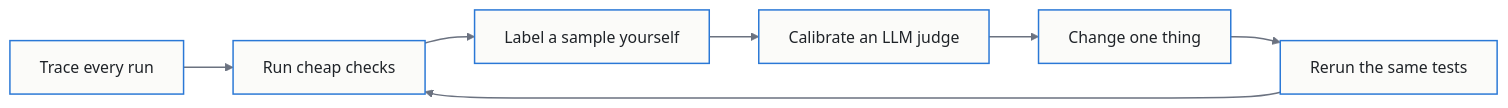
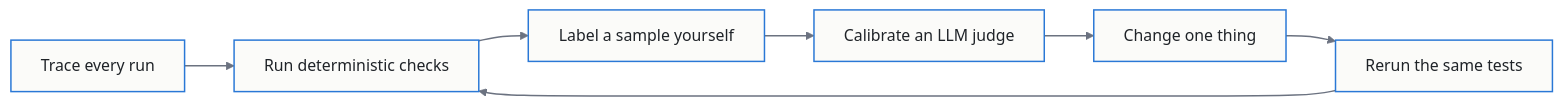
Before and after one commit to tildahh/openclaw-analysis: the first of 3 diagrams in README.md, drawn with Mermaid. The commit also changed other lines of this file and 14 other files, not shown here.

First line of the commit message:
Simplify the README and fix clipped diagram labels (#2)

````diff
--- a/README.md
+++ b/README.md
@@ -24,11 +24,12 @@
 ```mermaid
+%%{init: {"htmlLabels": false, "flowchart": {"htmlLabels": false}}}%%
 flowchart LR
-    A["Trace every run"] --> B["Run cheap checks"]
+    A["Trace every run"] --> B["Run deterministic checks"]
     B --> C["Label a sample yourself"]
     C --> D["Calibrate an LLM judge"]
     D --> E["Change one thing"]
     E --> F["Rerun the same tests"]
     F --> B
     classDef default fill:#FBFBF9,stroke:#2A78D6,stroke-width:1.5px,color:#1F2328
     linkStyle default stroke:#6B7280,stroke-width:1.5px
 ```
````
